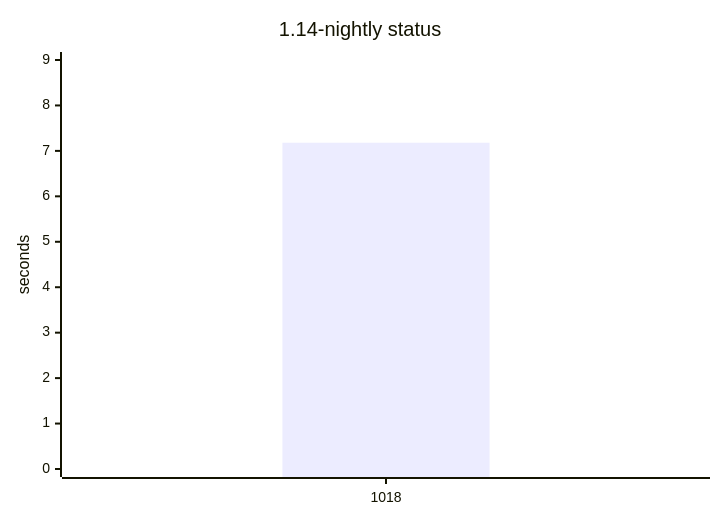
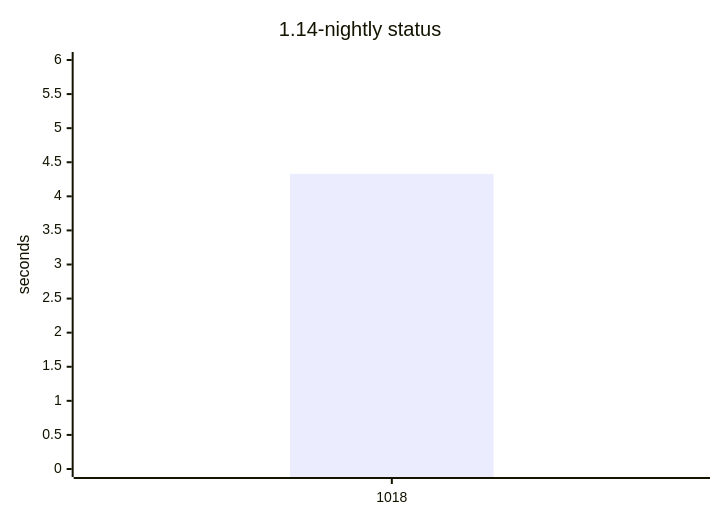
The fourth of 4 diagrams in README.md (yamanori99/DistSSHQueue.jl), drawn with Mermaid before and after one commit. The commit also changed other lines of this file and 1 other file, not shown here.

````diff
--- a/README.md
+++ b/README.md
@@ -98,7 +98,7 @@
 ```mermaid
 xychart-beta
     title "1.14-nightly status"
     x-axis ["1018"]
-    y-axis "seconds" 0 --> 9
-    bar [7.18]
+    y-axis "seconds" 0 --> 6
+    bar [4.33]
 ```
````
